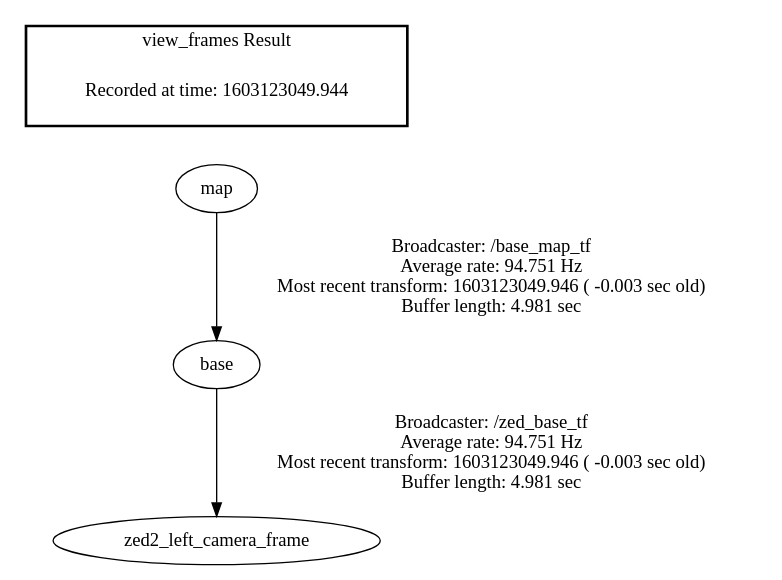
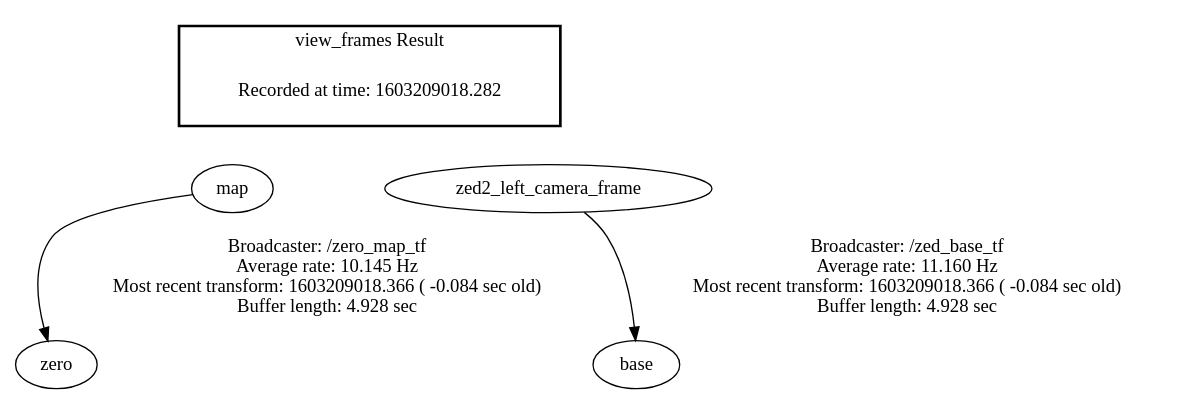
The diagram in frames.gv (Thomasklein-git/Yolo), drawn with Graphviz before and after one commit. The commit also changed 5 other files, not shown here.

Commit message:
view frames update

```diff
--- a/frames.gv
+++ b/frames.gv
@@ -1,8 +1,12 @@
 digraph G {
-"map" -> "base"[label="Broadcaster: /base_map_tf\nAverage rate: 94.751 Hz\nMost recent transform: 1603123049.946 ( -0.003 sec old)\nBuffer length: 4.981 sec\n"];
-"base" -> "zed2_left_camera_frame"[label="Broadcaster: /zed_base_tf\nAverage rate: 94.751 Hz\nMost recent transform: 1603123049.946 ( -0.003 sec old)\nBuffer length: 4.981 sec\n"];
+"map" -> "zero"[label="Broadcaster: /zero_map_tf\nAverage rate: 10.145 Hz\nMost recent transform: 1603209018.366 ( -0.084 sec old)\nBuffer length: 4.928 sec\n"];
+"zed2_left_camera_frame" -> "base"[label="Broadcaster: /zed_base_tf\nAverage rate: 11.160 Hz\nMost recent transform: 1603209018.366 ( -0.084 sec old)\nBuffer length: 4.928 sec\n"];
 edge [style=invis];
  subgraph cluster_legend { style=bold; color=black; label ="view_frames Result";
-"Recorded at time: 1603123049.944"[ shape=plaintext ] ;
+"Recorded at time: 1603209018.282"[ shape=plaintext ] ;
  }->"map";
+edge [style=invis];
+ subgraph cluster_legend { style=bold; color=black; label ="view_frames Result";
+"Recorded at time: 1603209018.282"[ shape=plaintext ] ;
+ }->"zed2_left_camera_frame";
 }
```
